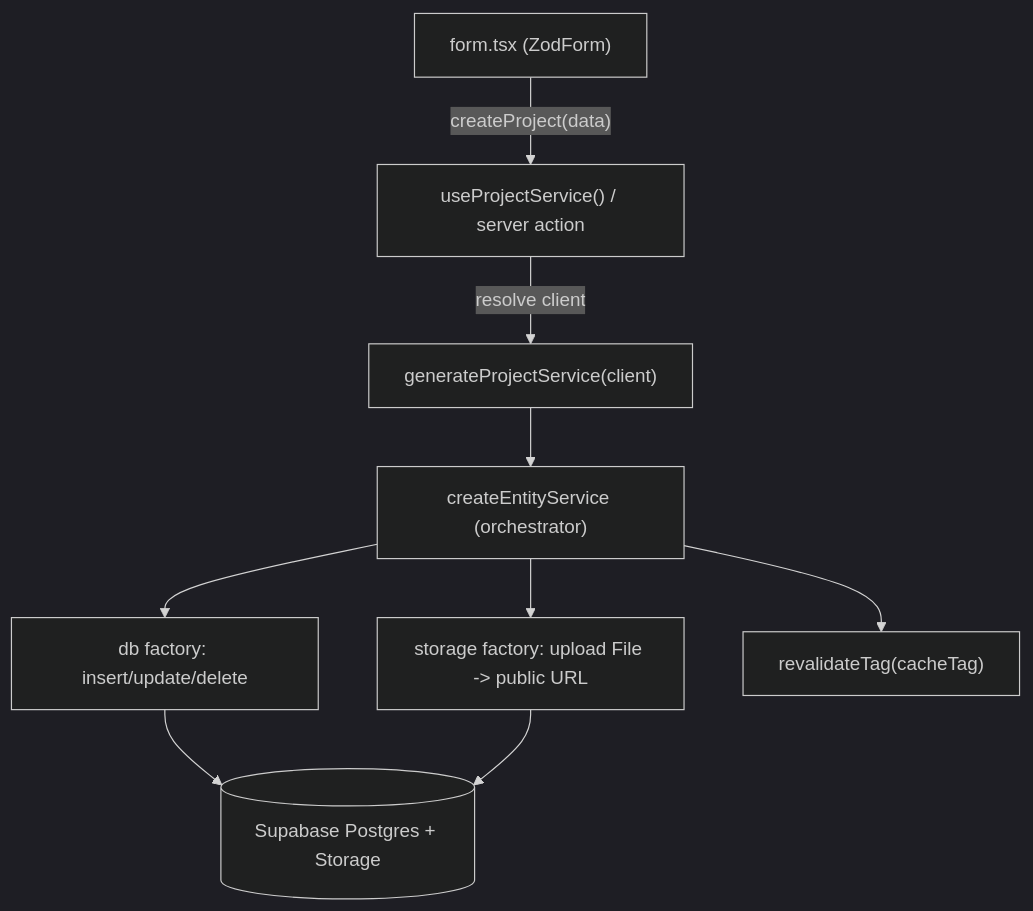
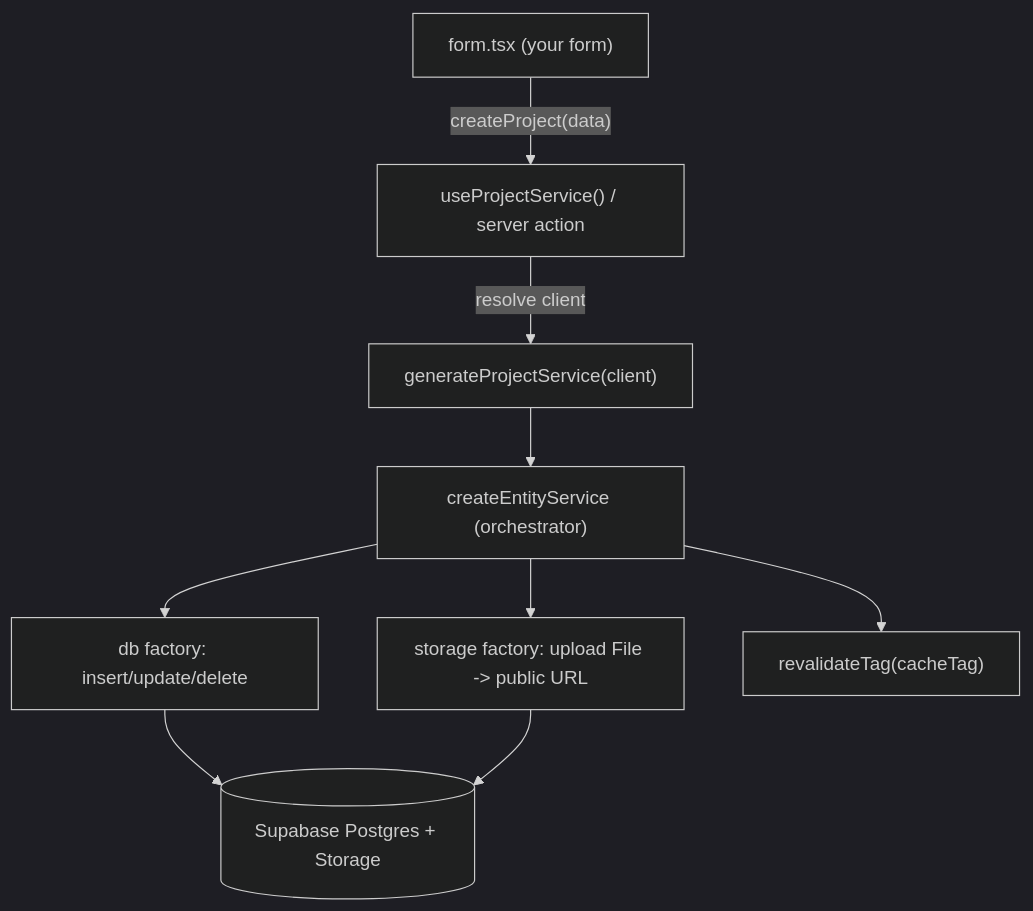
The first of 2 diagrams in README.md (Omar-Ra7al/supabase-backend-orchestrator), drawn with Mermaid (dark theme) before and after one commit. The commit also changed other lines of this file and 12 other files, not shown here.

````diff
--- a/README.md
+++ b/README.md
@@ -31,11 +111,11 @@
 ```mermaid
 flowchart TD
-  Form["form.tsx (ZodForm)"] -->|"createProject(data)"| Hook["useProjectService() / server action"]
+  Form["form.tsx (your form)"] -->|"createProject(data)"| Hook["useProjectService() / server action"]
   Hook -->|"resolve client"| Gen["generateProjectService(client)"]
   Gen --> Orch["createEntityService (orchestrator)"]
   Orch --> Storage["storage factory: upload File -> public URL"]
   Orch --> Db["db factory: insert/update/delete"]
   Orch --> Cache["revalidateTag(cacheTag)"]
   Db --> Supabase[("Supabase Postgres + Storage")]
   Storage --> Supabase
 ```
````
